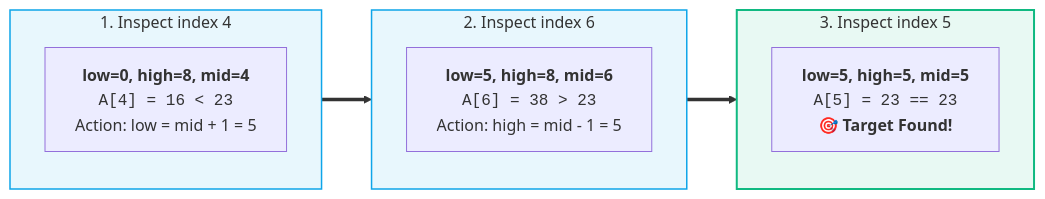
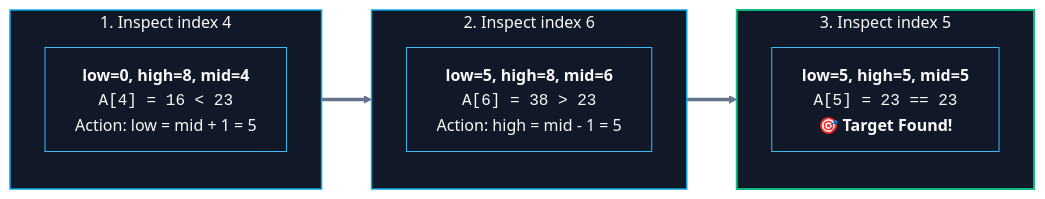
Before and after one commit to abhinavbharti2345/CS_Notes: the second of 3 diagrams in CS/DSA/02. Binary Search/Binary Search.md, drawn with Mermaid. The commit also changed other lines of this file and 195 other files, not shown here.

````diff
--- a/CS/DSA/02. Binary Search/Binary Search.md
+++ b/CS/DSA/02. Binary Search/Binary Search.md
@@ -107,24 +108,25 @@
 ```mermaid
+%%{init: {'theme': 'base', 'themeVariables': { 'darkMode': true, 'background': '#0B0F14', 'mainBkg': '#111827', 'primaryColor': '#111827', 'primaryTextColor': '#F8FAFC', 'primaryBorderColor': '#38BDF8', 'lineColor': '#64748B', 'secondaryColor': '#0B0F14', 'tertiaryColor': '#0B0F14', 'clusterBkg': '#0B0F14', 'clusterBorder': '#38BDF8' }}}%%
 flowchart LR
     subgraph Step1 ["1. Inspect index 4"]
         direction TB
         S1A["<b>low=0, high=8, mid=4</b><br/><code>A[4] = 16 < 23</code><br/>Action: low = mid + 1 = 5"]
     end
 
     subgraph Step2 ["2. Inspect index 6"]
         direction TB
         S2A["<b>low=5, high=8, mid=6</b><br/><code>A[6] = 38 > 23</code><br/>Action: high = mid - 1 = 5"]
     end
 
     subgraph Step3 ["3. Inspect index 5"]
         direction TB
         S3A["<b>low=5, high=5, mid=5</b><br/><code>A[5] = 23 == 23</code><br/><b>🎯 Target Found!</b>"]
     end
 
     Step1 ==> Step2 ==> Step3
 
-    classDef stepCard fill:#0ea5e918,stroke:#0ea5e9,stroke-width:1.5px;
-    classDef foundCard fill:#10b98118,stroke:#10b981,stroke-width:2px;
+    classDef stepCard fill:#111827,stroke:#0ea5e9,stroke-width:1.5px,color:#F8FAFC;
+    classDef foundCard fill:#111827,stroke:#10b981,stroke-width:2px,color:#F8FAFC;
     class Step1,Step2 stepCard;
     class Step3 foundCard;
 ```
````
